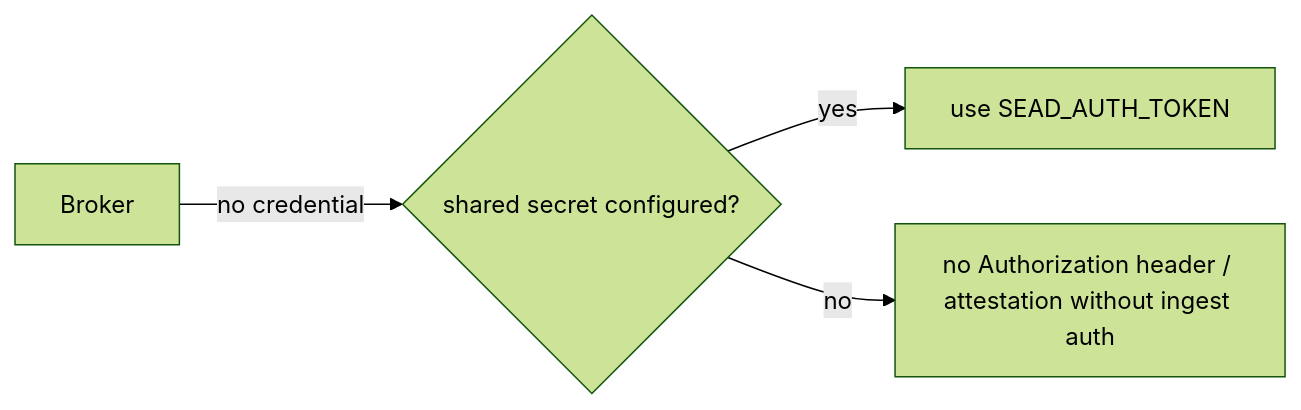
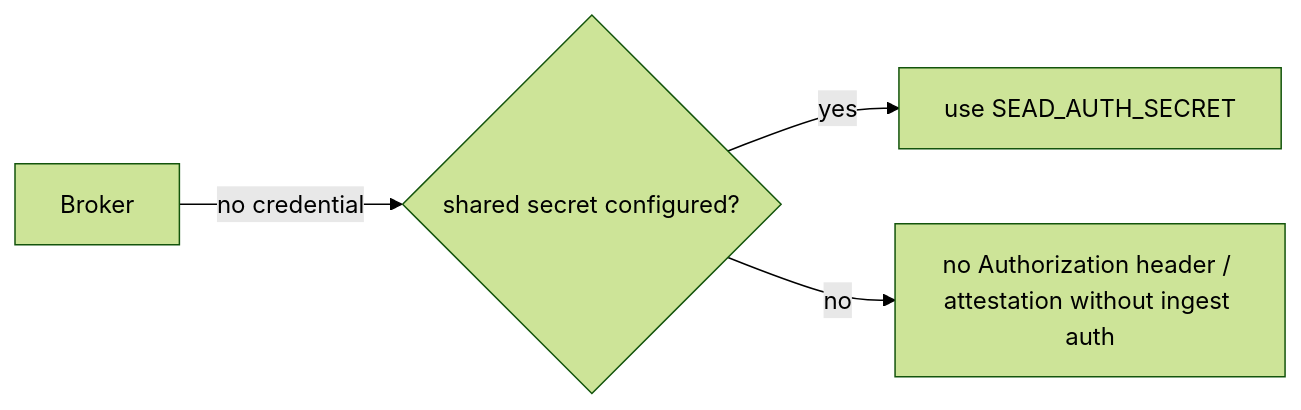
One commit to Stardome-technology/stardome-sead-broker changed the third of 3 diagrams in README.md. Above: the diagram before and after it, drawn with Mermaid (forest theme). The commit also changed other lines of this file, not shown here.

Commit message:
docs: rename SEAD_AUTH_TOKEN → SEAD_AUTH_SECRET in README (10 refs)

````diff
--- a/README.md
+++ b/README.md
@@ -43,6 +43,6 @@
 ```mermaid
 flowchart LR
     A[Broker] -->|no credential| B{shared secret configured?}
-    B -->|yes| C[use SEAD_AUTH_TOKEN]
+    B -->|yes| C[use SEAD_AUTH_SECRET]
     B -->|no| D[no Authorization header / attestation without ingest auth]
 ```
````
